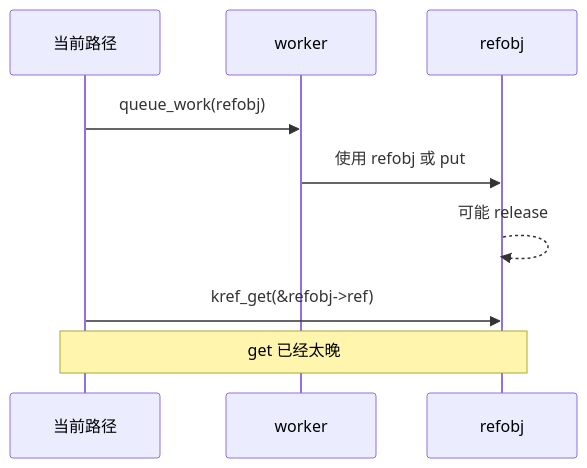
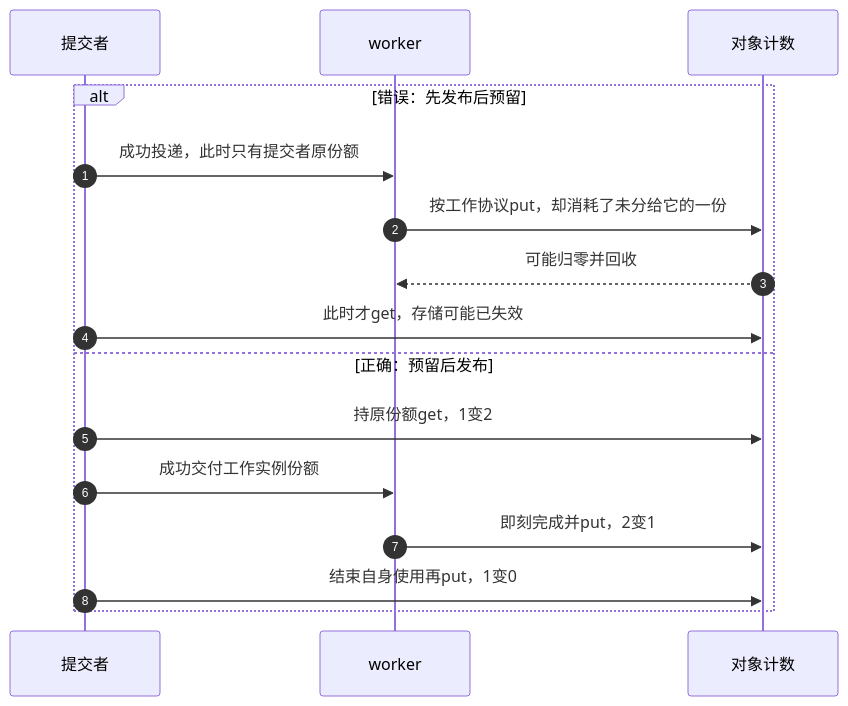
Before and after one commit to FormingSystem/linux_note: the first of 3 diagrams in knowledge/linux/object_lifetime/kref/P04_kref_三条核心规则.md, drawn with Mermaid. The commit also changed other lines of this file and 15 other files, not shown here.

````diff
--- a/knowledge/linux/object_lifetime/kref/P04_kref_三条核心规则.md
+++ b/knowledge/linux/object_lifetime/kref/P04_kref_三条核心规则.md
@@ -242,12 +66,18 @@
 ```mermaid
 sequenceDiagram
-	participant A as 当前路径
-	participant W as worker
-	participant O as refobj
-
-	A->>W: queue_work(refobj)
-	W->>O: 使用 refobj 或 put
-	O-->>O: 可能 release
-	A->>O: kref_get(&refobj->ref)
-	Note over A,O: get 已经太晚
+    autonumber
+    participant S as 提交者
+    participant W as worker
+    participant O as 对象计数
+    alt 错误：先发布后预留
+        S->>W: 成功投递，此时只有提交者原份额
+        W->>O: 按工作协议put，却消耗了未分给它的一份
+        O-->>W: 可能归零并回收
+        S->>O: 此时才get，存储可能已失效
+    else 正确：预留后发布
+        S->>O: 持原份额get，1变2
+        S->>W: 成功交付工作实例份额
+        W->>O: 即刻完成并put，2变1
+        S->>O: 结束自身使用再put，1变0
+    end
 ```
````
